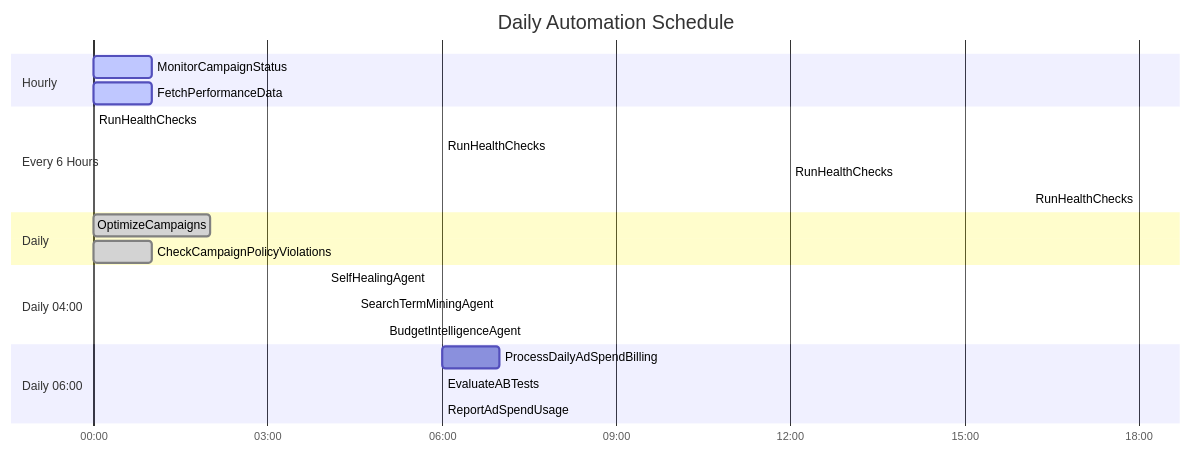
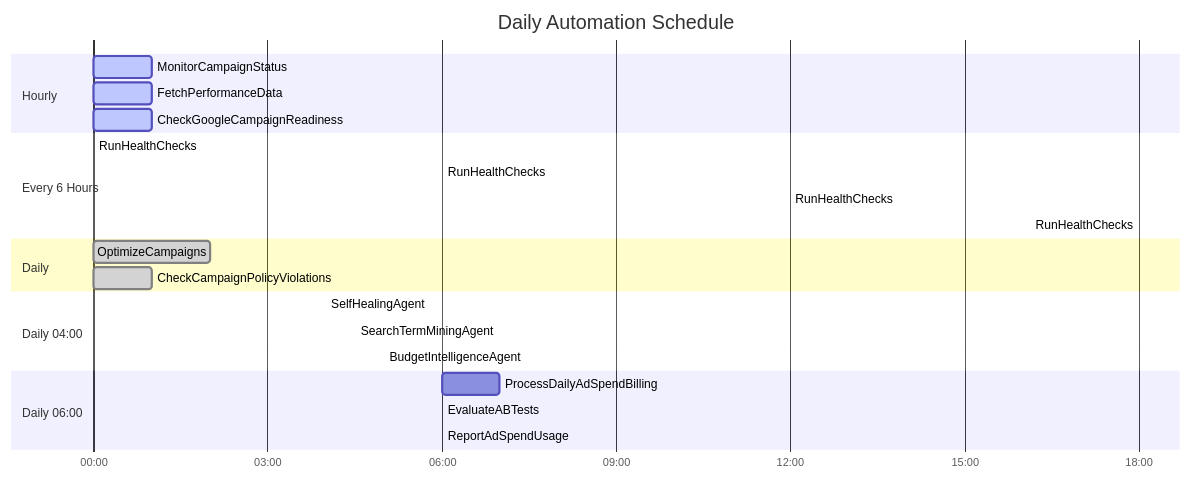
One commit to theeufj/spectra-media-agent changed the sixth of 9 diagrams in README.md. Above: the diagram before and after it, drawn with Mermaid. The commit also changed other lines of this file and 239 other files, not shown here.

Commit message:
Improve knowledge journeys and Google campaign readiness

````diff
--- a/README.md
+++ b/README.md
@@ -270,30 +275,31 @@
 ```mermaid
 gantt
     title Daily Automation Schedule
     dateFormat HH:mm
     axisFormat %H:%M
 
     section Hourly
     MonitorCampaignStatus           :active, 00:00, 1h
     FetchPerformanceData            :active, 00:00, 1h
+    CheckGoogleCampaignReadiness    :active, 00:00, 1h
 
     section Every 6 Hours
     RunHealthChecks                 :crit, 00:00, 30min
     RunHealthChecks                 :crit, 06:00, 30min
     RunHealthChecks                 :crit, 12:00, 30min
     RunHealthChecks                 :crit, 18:00, 30min
 
     section Daily
     OptimizeCampaigns               :done, 00:00, 2h
     CheckCampaignPolicyViolations   :done, 00:00, 1h
 
     section Daily 04:00
     SelfHealingAgent                :04:00, 30min
     SearchTermMiningAgent           :04:30, 30min
     BudgetIntelligenceAgent         :05:00, 30min
 
     section Daily 06:00
     ProcessDailyAdSpendBilling      :06:00, 1h
     EvaluateABTests                 :06:00, 30min
     ReportAdSpendUsage              :06:00, 15min
 ```
````
